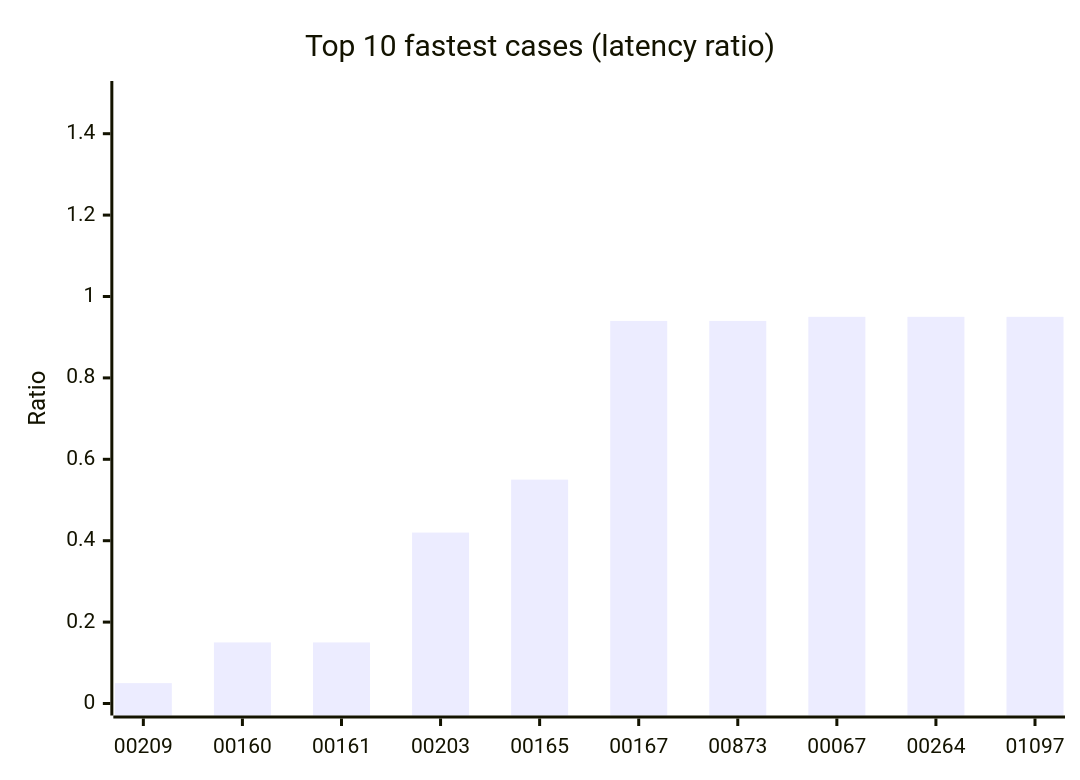
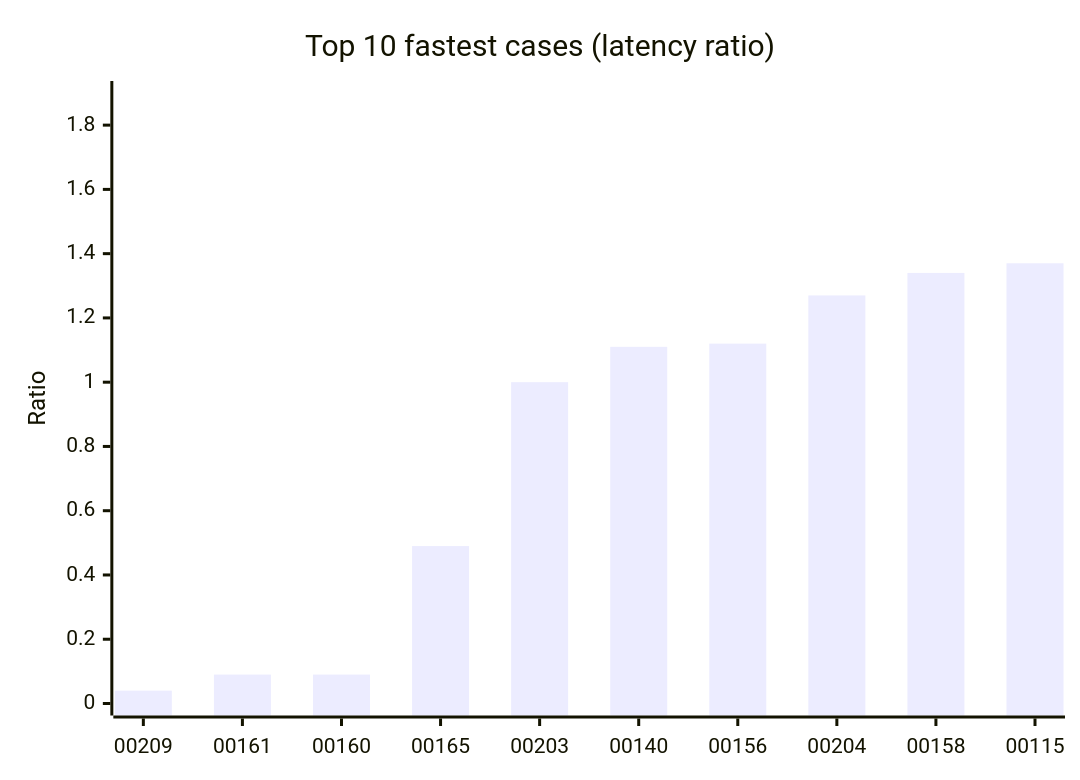
One commit to neverhuman/RedlineDB changed the second of 3 diagrams in README.md. Above: the diagram before and after it, drawn with Mermaid. The commit also changed other lines of this file, not shown here.

````diff
--- a/README.md
+++ b/README.md
@@ -95,7 +95,7 @@
 ```mermaid
 xychart-beta
     title "Top 10 fastest cases (latency ratio)"
-    x-axis ["00209","00160","00161","00203","00165","00167","00873","00067","00264","01097"]
-    y-axis "Ratio" 0 --> 1.5
-    bar [0.05,0.15,0.15,0.42,0.55,0.94,0.94,0.95,0.95,0.95]
+    x-axis ["00209","00161","00160","00165","00203","00140","00156","00204","00158","00115"]
+    y-axis "Ratio" 0 --> 1.9
+    bar [0.04,0.09,0.09,0.49,1.00,1.11,1.12,1.27,1.34,1.37]
 ```
````
